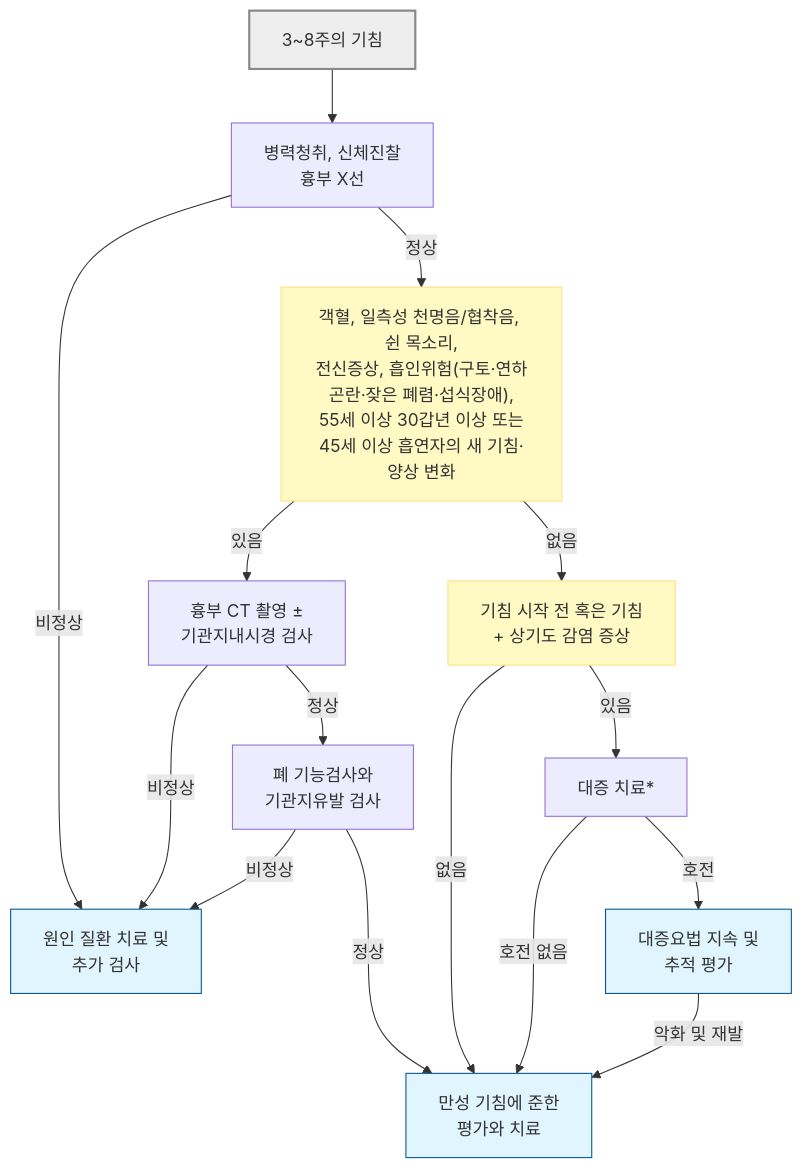
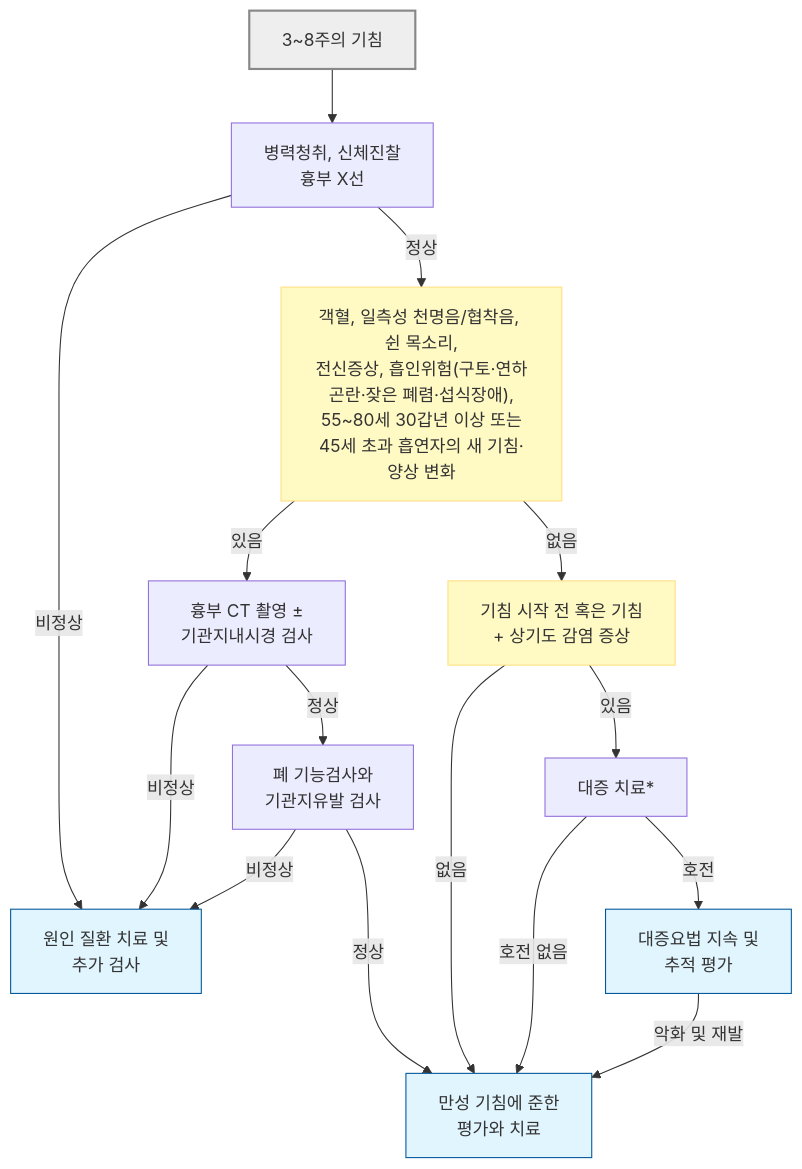
One commit to familyoh77/familyoh77 changed the second of 3 diagrams in 220_/006_-cough.md. Above: the diagram before and after it, drawn with Mermaid. The commit also changed other lines of this file, not shown here.

````diff
--- a/220_/006_-cough.md
+++ b/220_/006_-cough.md
@@ -237,29 +242,29 @@
 ```mermaid
 graph TD
     Start["3~8주의 기침"] --> Xray["병력청취, 신체진찰<br/>흉부 X선"]
     
     Xray -- "비정상" --> TreatCause["원인 질환 치료 및 <br/>추가 검사"]
     
-    Xray -- "정상" --> RedFlags["객혈, 일측성 천명음/협착음, 쉰 목소리,<br/>전신증상, 흡인위험(구토·연하곤란·잦은 폐렴·섭식장애),<br/>55세 이상 30갑년 이상 또는<br/>45세 이상 흡연자의 새 기침·양상 변화"]
+    Xray -- "정상" --> RedFlags["객혈, 일측성 천명음/협착음, 쉰 목소리,<br/>전신증상, 흡인위험(구토·연하곤란·잦은 폐렴·섭식장애),<br/>55~80세 30갑년 이상 또는<br/>45세 초과 흡연자의 새 기침·양상 변화"]
     RedFlags -- "있음" --> CT["흉부 CT 촬영 ±<br/>기관지내시경 검사"]
     RedFlags -- "없음" --> PostInfectious["기침 시작 전 혹은 기침 <br/>+ 상기도 감염 증상"]
     CT -- "비정상" --> TreatCause
     CT -- "정상" --> PFT["폐 기능검사와<br/>기관지유발 검사"]
     PFT -- "비정상" --> TreatCause
     PFT -- "정상" --> Chronic["만성 기침에 준한 <br/>평가와 치료"]
     PostInfectious -- "있음" --> Symptomatic["대증 치료*"]
     PostInfectious -- "없음" --> Chronic
     
     Symptomatic -- "호전" --> FollowUp["대증요법 지속 및 <br/>추적 평가"]
     Symptomatic -- "호전 없음" --> Chronic
     
     FollowUp -- "악화 및 재발" --> Chronic
     %% 스타일 설정
     style Start fill:#eeeeee,stroke:#888888,stroke-width:2px
     style RedFlags fill:#fff9c4,stroke:#ffe082
     style PostInfectious fill:#fff9c4,stroke:#ffe082
     style FollowUp fill:#e1f5fe,stroke:#01579b
     style TreatCause fill:#e1f5fe,stroke:#01579b
     style Chronic fill:#e1f5fe,stroke:#01579b
 
 ```
````
